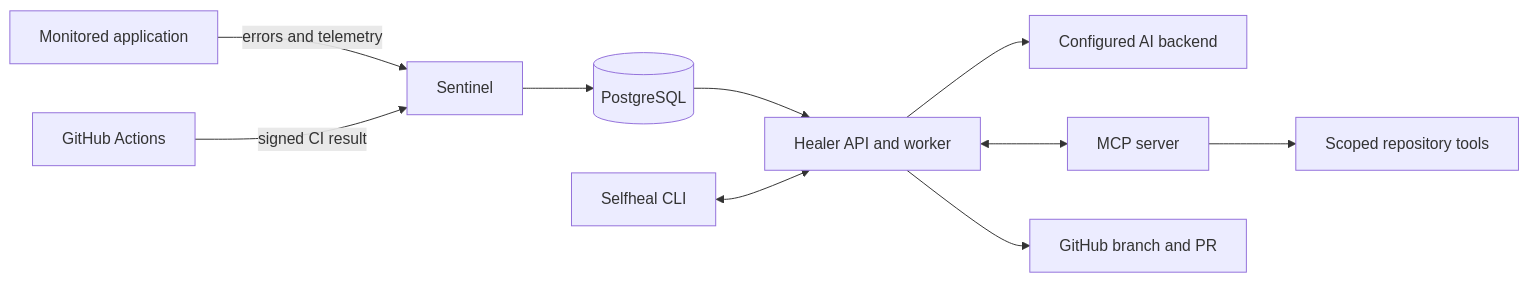
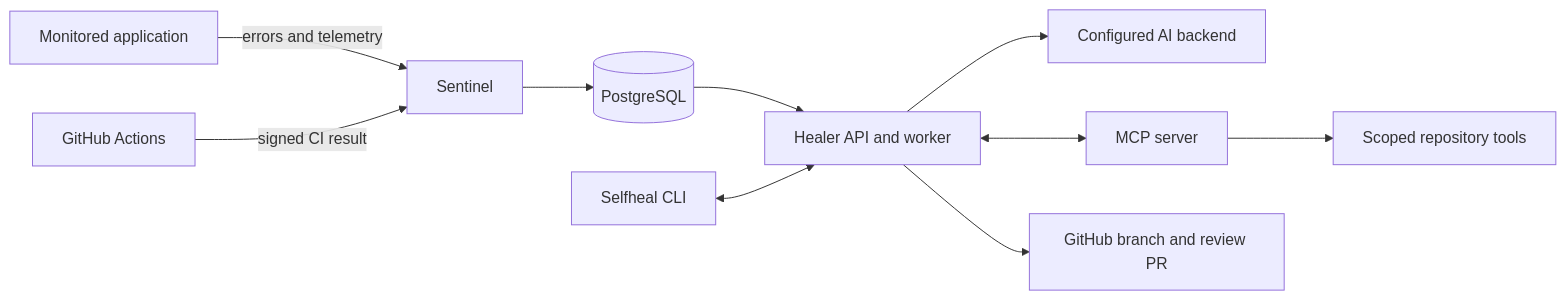
One commit to Deepak20466/selfheal-mcp-agent changed the diagram in README.md. Above: the diagram before and after it, drawn with Mermaid. The commit also changed other lines of this file and 2 other files, not shown here.

````diff
--- a/README.md
+++ b/README.md
@@ -32,12 +53,12 @@
 ```mermaid
 flowchart LR
     App[Monitored application] -->|errors and telemetry| Sentinel[Sentinel]
     Actions[GitHub Actions] -->|signed CI result| Sentinel
     Sentinel --> DB[(PostgreSQL)]
     DB --> Worker[Healer API and worker]
     Worker --> Provider[Configured AI backend]
     Worker <--> MCP[MCP server]
     MCP --> Repo[Scoped repository tools]
-    Worker --> GitHub[GitHub branch and PR]
+    Worker --> GitHub[GitHub branch and review PR]
     CLI[Selfheal CLI] <--> Worker
 ```
````
